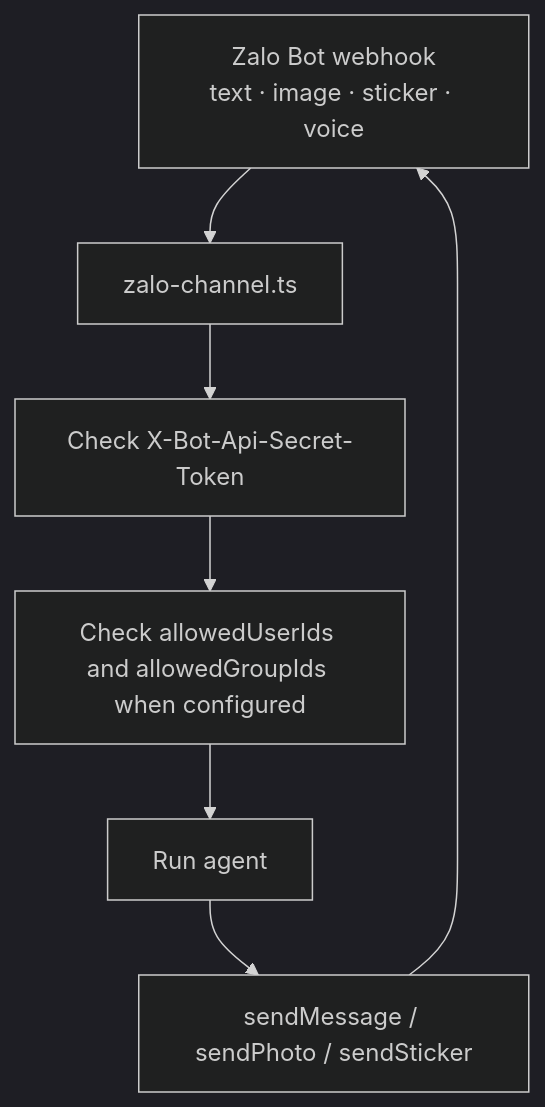
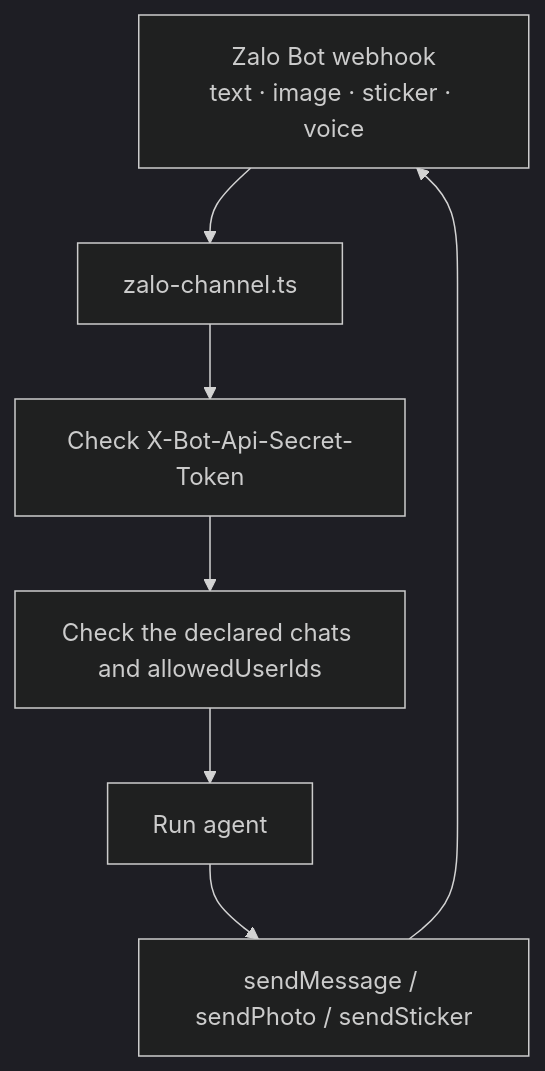
Before and after one commit to beeblastco/broods: the diagram in apps/docs/docs/channels/zalo.md, drawn with Mermaid (dark theme). The commit also changed other lines of this file and 8 other files, not shown here.

````diff
--- a/apps/docs/docs/channels/zalo.md
+++ b/apps/docs/docs/channels/zalo.md
@@ -72,9 +77,9 @@
 ```mermaid
 flowchart TD
   Zalo["Zalo Bot webhook<br/>text · image · sticker · voice"] --> Adapter["zalo-channel.ts"]
   Adapter --> Auth["Check X-Bot-Api-Secret-Token"]
-  Auth --> Allow["Check allowedUserIds and allowedGroupIds when configured"]
+  Auth --> Allow["Check the declared chats and allowedUserIds"]
   Allow --> Agent["Run agent"]
   Agent --> Reply["sendMessage / sendPhoto / sendSticker"]
   Reply --> Zalo
 ```
````
